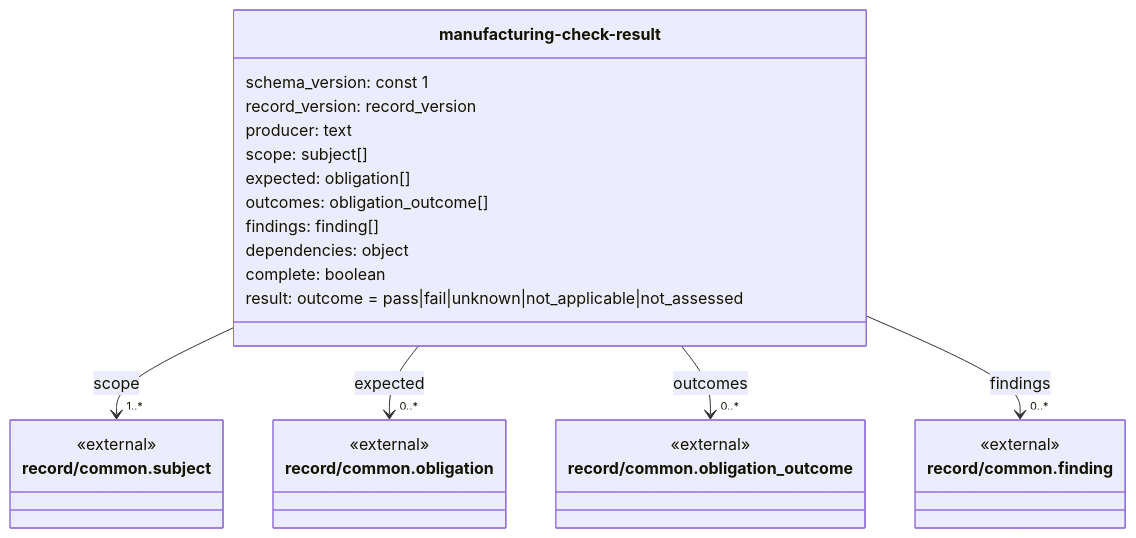
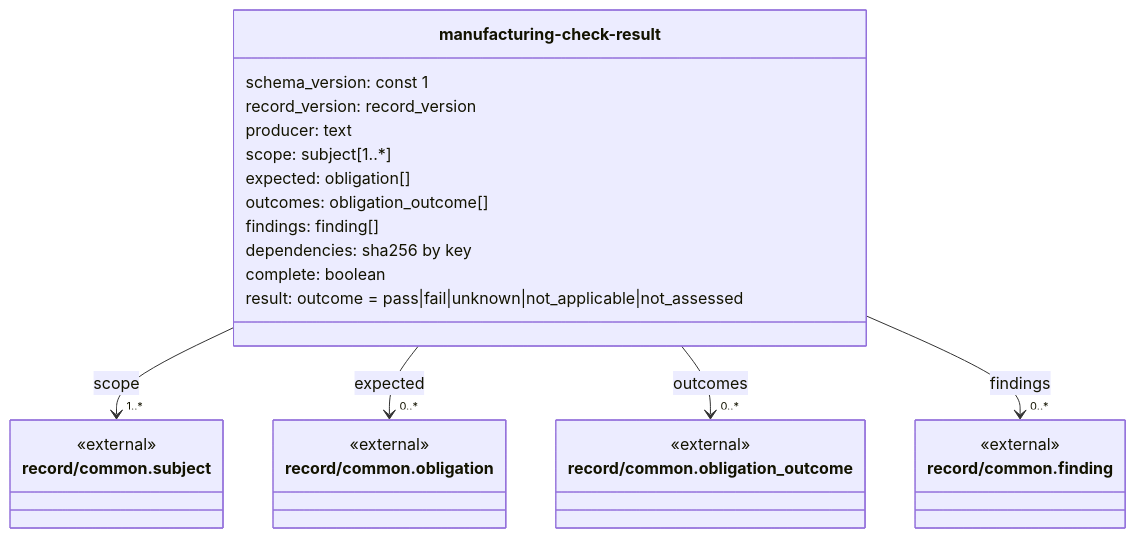
One commit to benchhand/benchhand-next changed diagram 14 of 24 in docs/contract/generated/domain-model.md. Above: the diagram before and after it, drawn with Mermaid. The commit also changed other lines of this file and 3 other files, not shown here.

Commit message:
fix(contracts): keep nullability, typed map values, tuples and nested array bounds in the domain model, write literals as JSON, and count the overview's $refs from the schemas

````diff
--- a/docs/contract/generated/domain-model.md
+++ b/docs/contract/generated/domain-model.md
@@ -1858,31 +1875,31 @@
 ```mermaid
 classDiagram
     class record_manufacturing_check_result["manufacturing-check-result"] {
         schema_version: const 1
         record_version: record_version
         producer: text
-        scope: subject[]
+        scope: subject[1..*]
         expected: obligation[]
         outcomes: obligation_outcome[]
         findings: finding[]
-        dependencies: object
+        dependencies: sha256 by key
         complete: boolean
         result: outcome = pass|fail|unknown|not_applicable|not_assessed
     }
     class record_common__finding["record/common.finding"] {
         <<external>>
     }
     class record_common__obligation["record/common.obligation"] {
         <<external>>
     }
     class record_common__obligation_outcome["record/common.obligation_outcome"] {
         <<external>>
     }
     class record_common__subject["record/common.subject"] {
         <<external>>
     }
     record_manufacturing_check_result --> "1..*" record_common__subject : scope
     record_manufacturing_check_result --> "0..*" record_common__obligation : expected
     record_manufacturing_check_result --> "0..*" record_common__obligation_outcome : outcomes
     record_manufacturing_check_result --> "0..*" record_common__finding : findings
 ```
````
